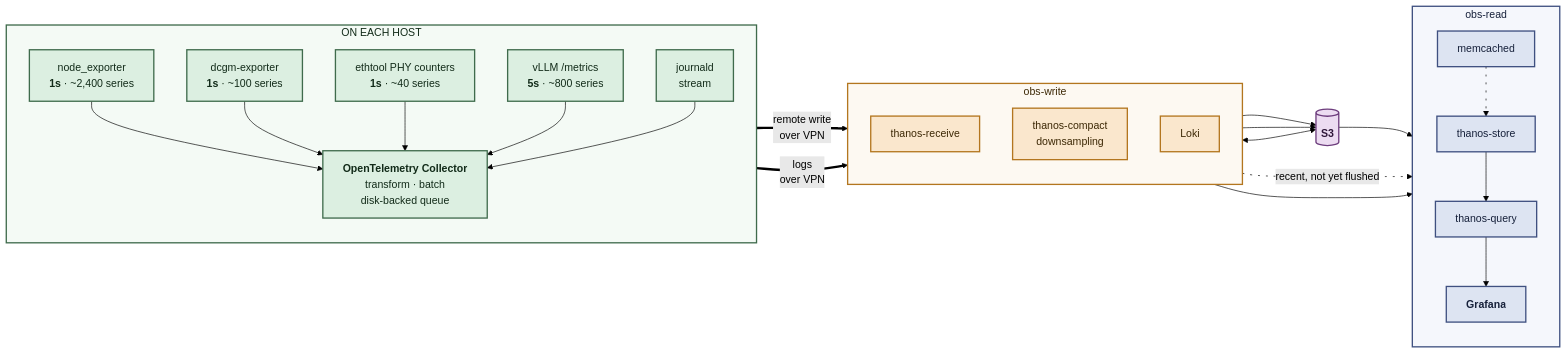
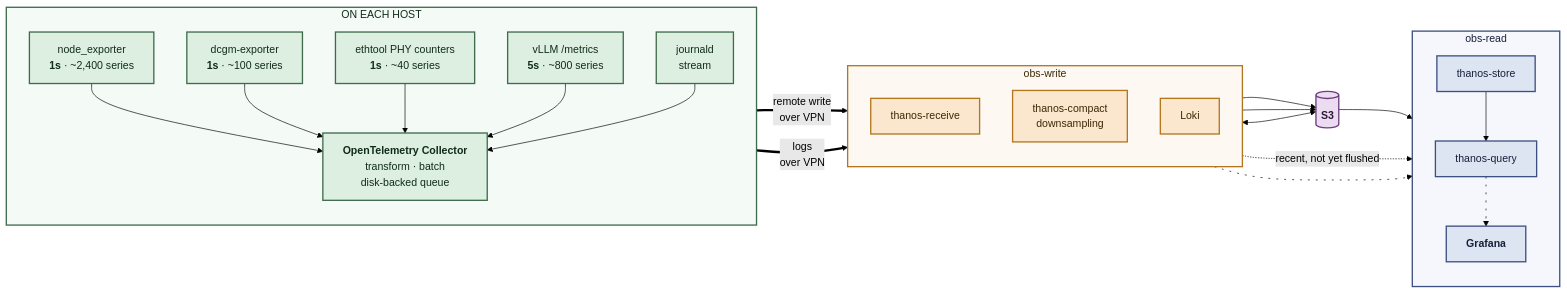
One commit to SudoBasher/dgx-cluster changed the fourth of 5 diagrams in CLOUD_ARCHITECTURE.md. Above: the diagram before and after it, drawn with Mermaid (forest theme). The commit also changed other lines of this file and 46 other files, not shown here.

````diff
--- a/CLOUD_ARCHITECTURE.md
+++ b/CLOUD_ARCHITECTURE.md
@@ -203,62 +209,60 @@
 ```mermaid
 flowchart LR
 
   subgraph HOST["ON EACH HOST"]
     direction TB
     NE["node_exporter<br/><b>1s</b> · ~2,400 series"]
     DC["dcgm-exporter<br/><b>1s</b> · ~100 series"]
     PHY["ethtool PHY counters<br/><b>1s</b> · ~40 series"]
     VL["vLLM /metrics<br/><b>5s</b> · ~800 series"]
     JD["journald<br/>stream"]
     OT["<b>OpenTelemetry Collector</b><br/>transform · batch<br/>disk-backed queue"]
     NE --> OT
     DC --> OT
     PHY --> OT
     VL --> OT
     JD --> OT
   end
 
   subgraph W["obs-write"]
     direction TB
     TR["thanos-receive"]
     TC["thanos-compact<br/>downsampling"]
     LK["Loki"]
   end
 
   subgraph R["obs-read"]
     direction TB
     TS["thanos-store"]
     TQ["thanos-query"]
-    MC["memcached"]
     GF["<b>Grafana</b>"]
     TS --> TQ
-    MC -.-> TS
     TQ --> GF
   end
 
   S3[("<b>S3</b>")]
 
   OT == "remote write<br/>over VPN" ==> TR
   OT == "logs<br/>over VPN" ==> LK
   TR --> S3
   LK --> S3
   S3 <--> TC
   S3 --> TS
   TR -. "recent, not yet flushed" .-> TQ
   LK --> GF
 
   linkStyle 6,14 stroke-dasharray: 3 9
 
   classDef agent fill:#dcefe1,stroke:#3f6b4c,stroke-width:2px,color:#122b19
   classDef write fill:#fae7cd,stroke:#b3761f,stroke-width:2px,color:#3d2906
   classDef read fill:#dde4f2,stroke:#3f5080,stroke-width:2px,color:#16203a
   classDef store fill:#ecdcf1,stroke:#6d3d7d,stroke-width:2px,color:#2f1739
   class NE,DC,PHY,VL,JD,OT agent
   class TR,TC,LK write
   class TS,TQ,MC,GF read
   class S3 store
 
   style HOST fill:#f4faf5,stroke:#3f6b4c,stroke-width:2px,color:#122b19
   style W    fill:#fdf9f2,stroke:#b3761f,stroke-width:2px,color:#3d2906
   style R    fill:#f5f7fc,stroke:#3f5080,stroke-width:2px,color:#16203a
 ```
````
